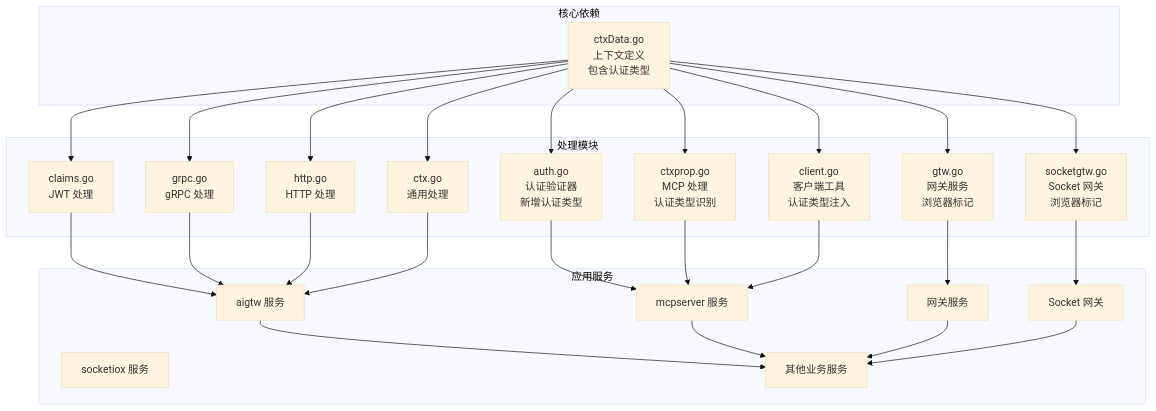
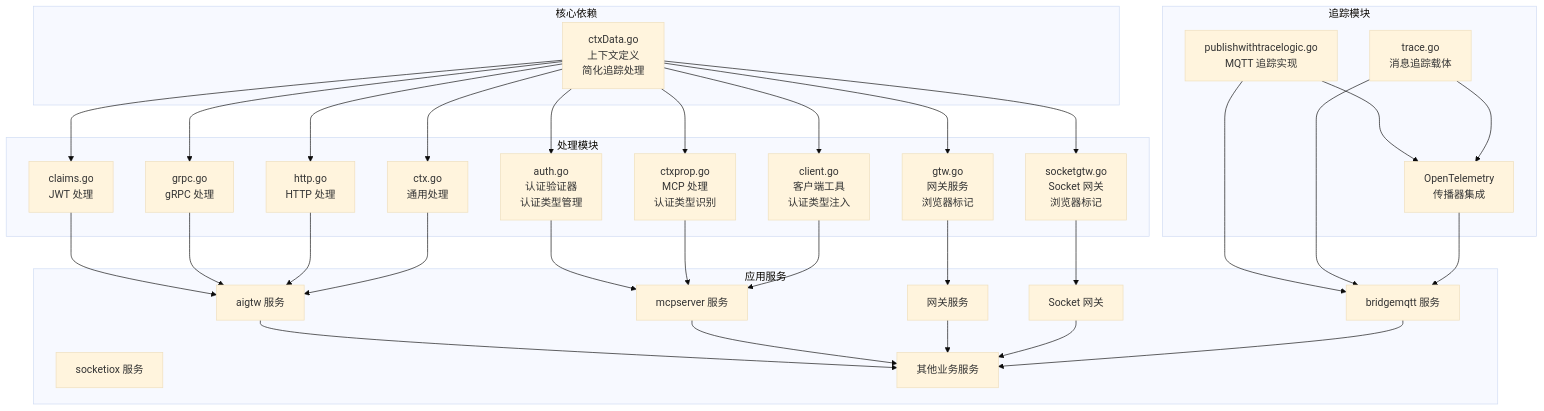
Diagram 12 of 13 in .qoder/repowiki/zh/content/Ctxdata Context Management.md (maomao94/zero-service), drawn with Mermaid (base theme) before and after one commit. The commit also changed other lines of this file and 25 other files, not shown here.

````diff
--- a/.qoder/repowiki/zh/content/Ctxdata Context Management.md
+++ b/.qoder/repowiki/zh/content/Ctxdata Context Management.md
@@ -379,47 +446,59 @@
 ```mermaid
 graph TB
 subgraph "核心依赖"
-A[ctxData.go<br/>上下文定义<br/>包含认证类型]
+A[ctxData.go<br/>上下文定义<br/>简化追踪处理]
 end
 subgraph "处理模块"
 B[claims.go<br/>JWT 处理]
 C[grpc.go<br/>gRPC 处理]
 D[http.go<br/>HTTP 处理]
 E[ctx.go<br/>通用处理]
-F[auth.go<br/>认证验证器<br/>新增认证类型]
+F[auth.go<br/>认证验证器<br/>认证类型管理]
 G[ctxprop.go<br/>MCP 处理<br/>认证类型识别]
 H[client.go<br/>客户端工具<br/>认证类型注入]
 I[gtw.go<br/>网关服务<br/>浏览器标记]
 J[socketgtw.go<br/>Socket 网关<br/>浏览器标记]
 end
+subgraph "追踪模块"
+K[publishwithtracelogic.go<br/>MQTT 追踪实现]
+L[trace.go<br/>消息追踪载体]
+M[OpenTelemetry<br/>传播器集成]
+end
 subgraph "应用服务"
-K[aigtw 服务]
-L[mcpserver 服务]
-M[socketiox 服务]
-N[其他业务服务]
-O[网关服务]
-P[Socket 网关]
+N[aigtw 服务]
+O[mcpserver 服务]
+P[socketiox 服务]
+Q[bridgemqtt 服务]
+R[其他业务服务]
+S[网关服务]
+T[Socket 网关]
 end
 A --> B
 A --> C
 A --> D
 A --> E
 A --> F
 A --> G
 A --> H
 A --> I
 A --> J
-B --> K
-C --> K
-D --> K
-E --> K
-F --> L
-G --> L
-H --> L
-I --> O
-J --> P
-K --> N
-L --> N
-O --> N
-P --> N
+B --> N
+C --> N
+D --> N
+E --> N
+F --> O
+G --> O
+H --> O
+I --> S
+J --> T
+K --> M
+L --> M
+K --> Q
+L --> Q
+M --> Q
+N --> R
+O --> R
+S --> R
+T --> R
+Q --> R
 ```
````
